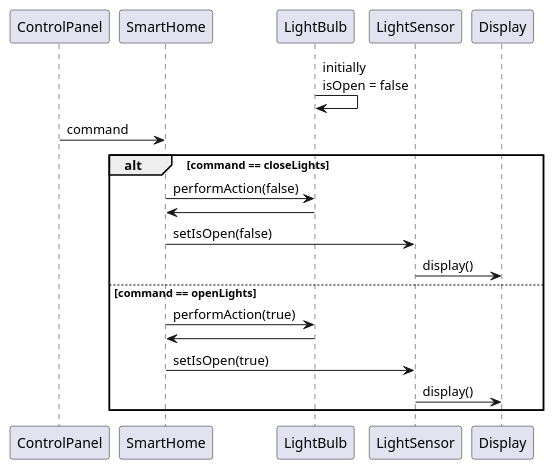
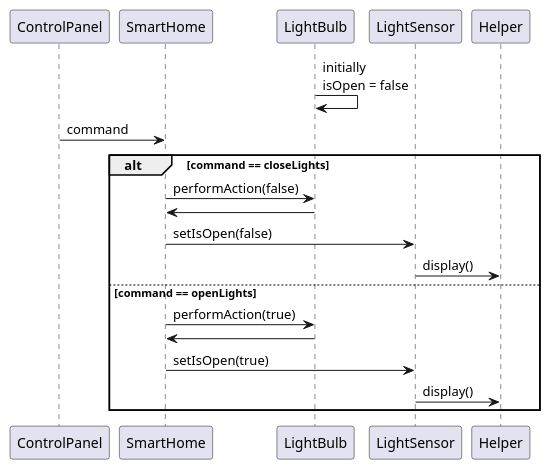
One commit to umutcanceyhan7/oop-practice-projects changed the diagram in src/Diagrams/SequenceDiagram/regulateLightBulb.puml. Above: the diagram before and after it, drawn with PlantUML. The commit also changed 3 other files, not shown here.

Commit message:
fix: update diagram variable from display to helper

```diff
--- a/src/Diagrams/SequenceDiagram/regulateLightBulb.puml
+++ b/src/Diagrams/SequenceDiagram/regulateLightBulb.puml
@@ -1,22 +1,22 @@
 @startuml
 participant LightBulb order 300
 participant ControlPanel order 100
 participant SmartHome order 200
-participant Display order 500
+participant Helper order 500
 participant LightSensor order 400
 
 
 LightBulb -> LightBulb: initially\nisOpen = false
 ControlPanel -> SmartHome: command
 alt command == closeLights
 SmartHome -> LightBulb: performAction(false)
 LightBulb -> SmartHome:
 SmartHome -> LightSensor: setIsOpen(false)
-LightSensor -> Display: display()
+LightSensor -> Helper: display()
 else command == openLights
 SmartHome -> LightBulb: performAction(true)
 LightBulb -> SmartHome:
 SmartHome -> LightSensor: setIsOpen(true)
-LightSensor -> Display: display()
+LightSensor -> Helper: display()
 end
 @enduml
```
